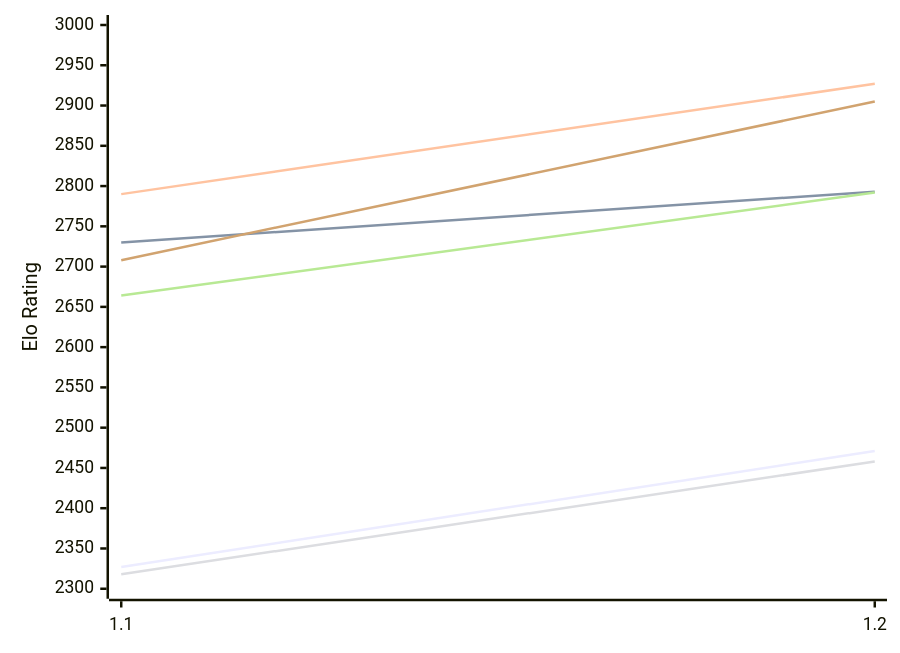
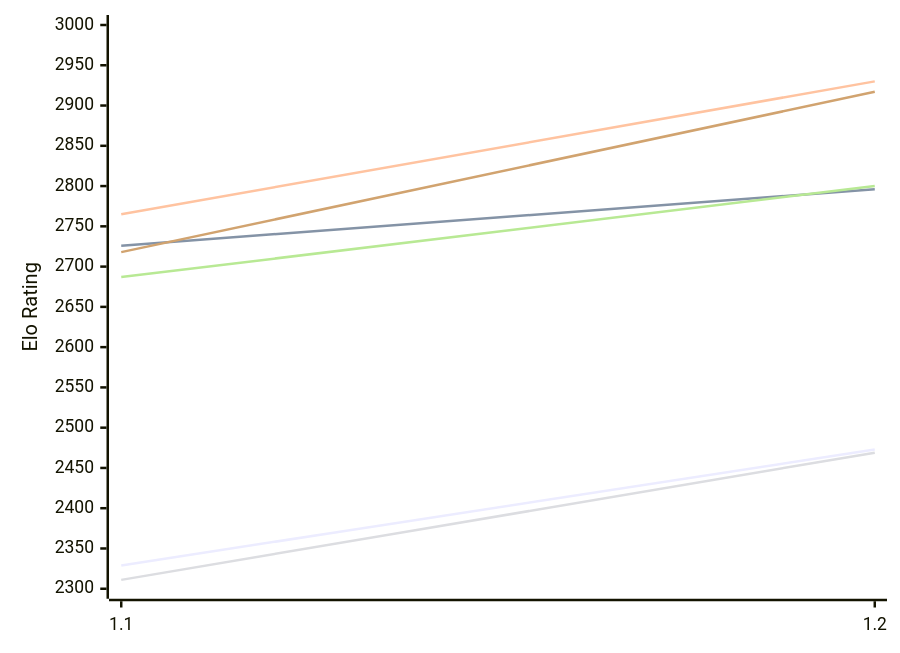
The first of 2 diagrams in engines/FoxChess.md (computer-chess-index/cci), drawn with Mermaid before and after one commit. The commit also changed other lines of this file, not shown here.

Commit message:
Update CCI Ratings (ELO VLTC) - 2026-11-25

````diff
--- a/engines/FoxChess.md
+++ b/engines/FoxChess.md
@@ -51,12 +51,12 @@
 ```mermaid
 %%{init: {"theme":"base","themeVariables":{"seriesColors:['#a3a3a3','#222221','#faa371']}}}%%
 xychart-beta
   x-axis ["1.1", "1.2"]
   y-axis "Elo Rating" 2300 --> 3000
-  line "E1: STC (8.0+0.08s)" [2327, 2471]
-  line "E1: LTC (60.0+0.60s)" [2730, 2793]
-  line "E1: VLTC (2m24s+1.12s)" [2790, 2927]
-  line "P1: STC (8.0+0.08s)" [2318, 2458]
-  line "P1: LTC (60.0+0.60s)" [2664, 2792]
-  line "P1: VLTC (2m24s+1.12s)" [2708, 2905]
+  line "E1: STC (8.0+0.08s)" [2329, 2473]
+  line "E1: LTC (60.0+0.60s)" [2726, 2796]
+  line "E1: VLTC (2m24s+1.12s)" [2765, 2930]
+  line "P1: STC (8.0+0.08s)" [2311, 2469]
+  line "P1: LTC (60.0+0.60s)" [2687, 2800]
+  line "P1: VLTC (2m24s+1.12s)" [2718, 2917]
 ```
````
